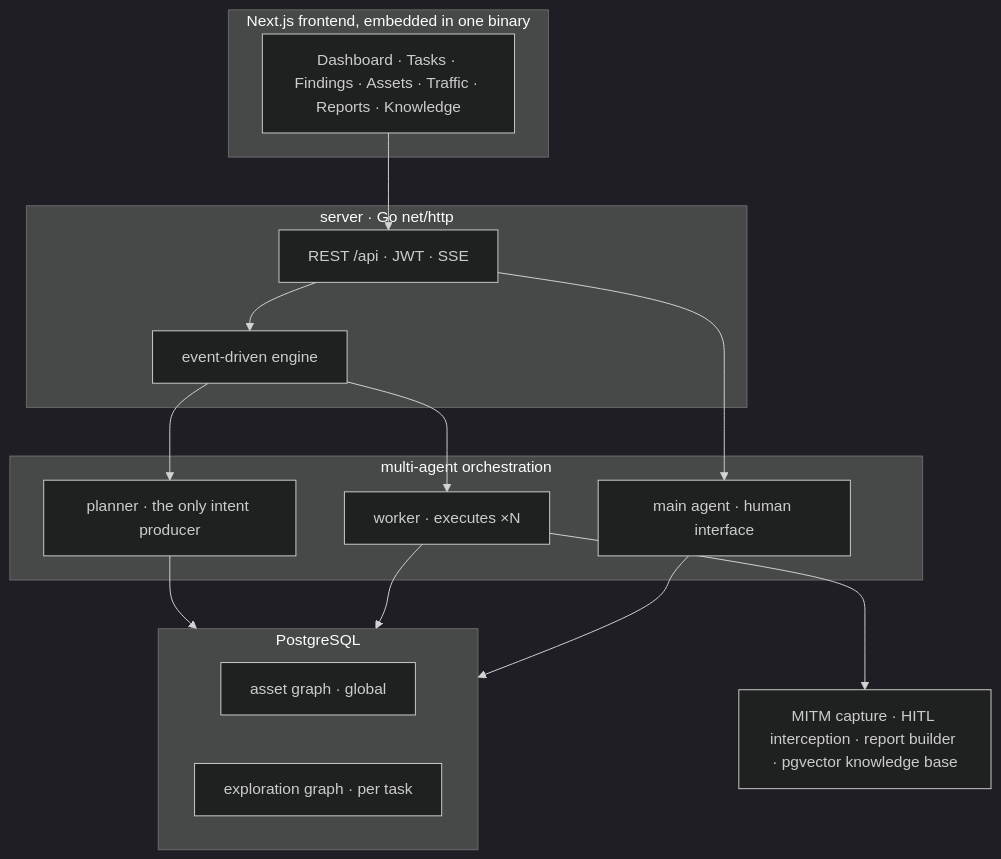
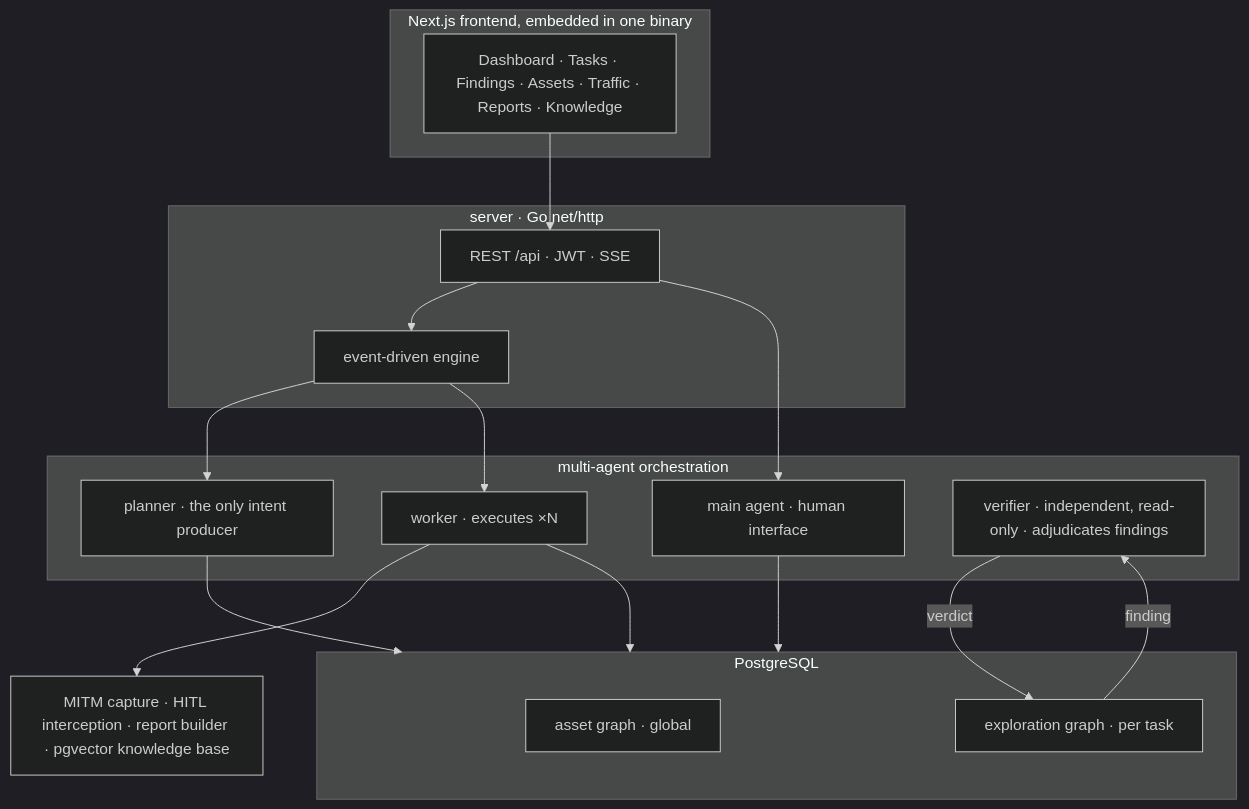
Before and after one commit to francesco-oghabi/artemis: the diagram in README.md, drawn with Mermaid (dark theme). The commit also changed other lines of this file and 2 other files, not shown here.

First line of the commit message:
docs: document the independent verifier in How-it-works and ARCHITECTURE

````diff
--- a/README.md
+++ b/README.md
@@ -82,25 +82,27 @@
 ```mermaid
 flowchart TB
   subgraph FE[Next.js frontend, embedded in one binary]
     UI[Dashboard · Tasks · Findings · Assets · Traffic · Reports · Knowledge]
   end
   subgraph SRV[server · Go net/http]
     API[REST /api · JWT · SSE]
     ENG[event-driven engine]
   end
   subgraph AG[multi-agent orchestration]
     PL[planner · the only intent producer]
     WK[worker · executes ×N]
     MA[main agent · human interface]
+    VF[verifier · independent, read-only · adjudicates findings]
   end
   subgraph DB[PostgreSQL]
     AGRAPH[asset graph · global]
     EGRAPH[exploration graph · per task]
   end
   SUB[MITM capture · HITL interception · report builder · pgvector knowledge base]
 
   UI --> API --> ENG --> PL & WK
   API --> MA
   PL & WK & MA --> DB
   WK --> SUB
+  EGRAPH -->|finding| VF -->|verdict| EGRAPH
 ```
````
